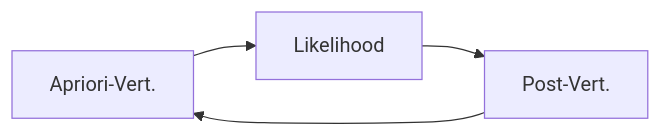
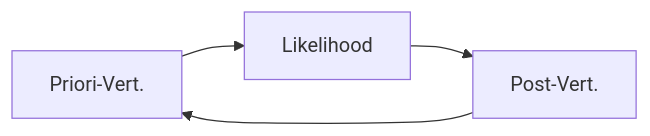
One commit to sebastiansauer/start-bayes changed the first of 2 diagrams in 0500-Globusversuch.qmd. Above: the diagram before and after it, drawn with Mermaid. The commit also changed other lines of this file and 30 other files, not shown here.

Commit message:
Schreibweise vereinheitlicht: Priori statt Prior/Apriori, a priori als Adverb

````diff
--- a/0500-Globusversuch.qmd
+++ b/0500-Globusversuch.qmd
@@ -321,7 +321,7 @@
 ```{mermaid}
 %%| fig-cap: Updating mit Bayes
 %%| label: fig-bayes-update
 %%| fig-width: 3
 graph LR
-A[Apriori-Vert.]-->B[Likelihood]-->C[Post-Vert.]-->A
+A[Priori-Vert.]-->B[Likelihood]-->C[Post-Vert.]-->A
 ```
````
